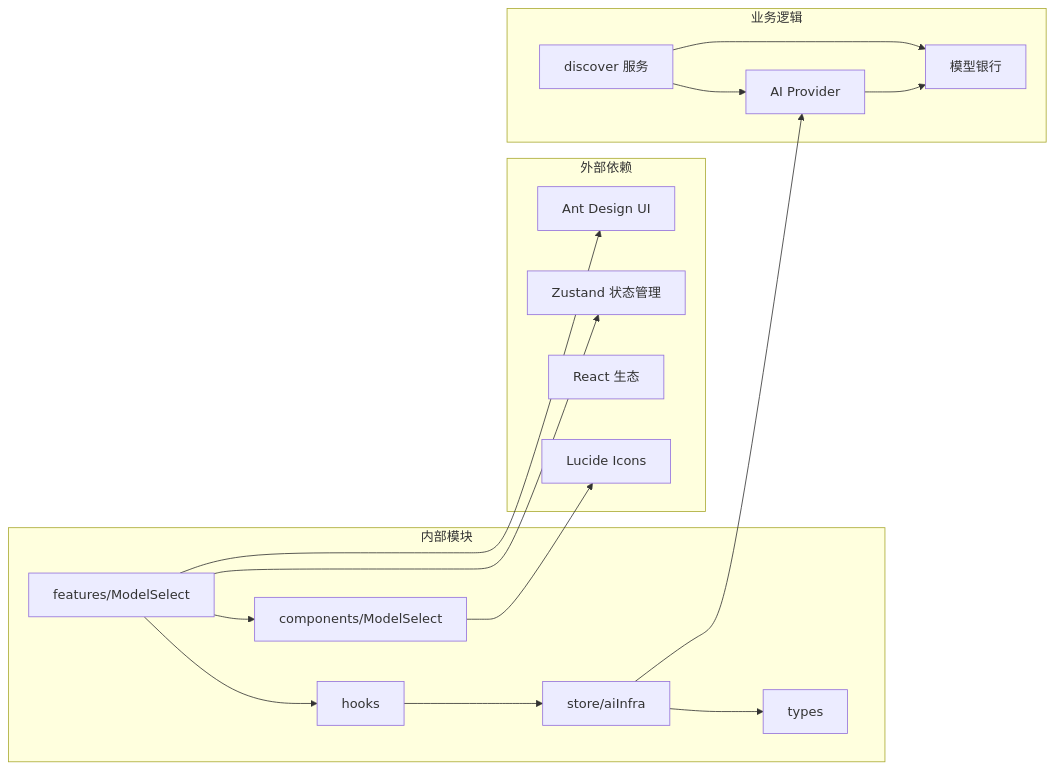
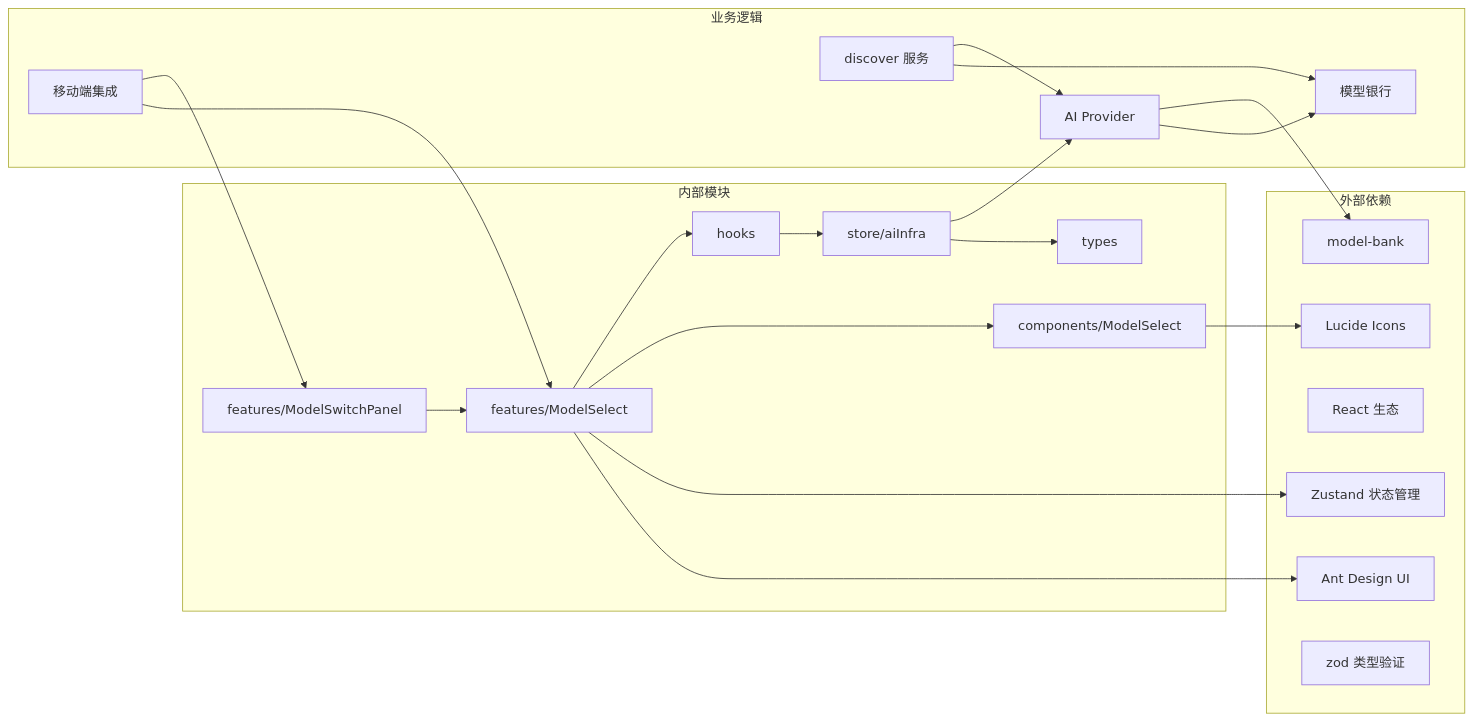
Before and after one commit to AvatoLabs/avato: diagram 12 of 12 in .qoder/repowiki/zh/content/核心功能模块/模型选择器增强.md, drawn with Mermaid. The commit also changed other lines of this file and 23 other files, not shown here.

````diff
--- a/.qoder/repowiki/zh/content/核心功能模块/模型选择器增强.md
+++ b/.qoder/repowiki/zh/content/核心功能模块/模型选择器增强.md
@@ -333,32 +511,40 @@
 ```mermaid
 graph LR
 subgraph "外部依赖"
 AntD[Ant Design UI]
 Zustand[Zustand 状态管理]
 React[React 生态]
 Icons[Lucide Icons]
+ModelBank[model-bank]
+Zod[zod 类型验证]
 end
 subgraph "内部模块"
 Features[features/ModelSelect]
 Components[components/ModelSelect]
 Hooks[hooks]
 Store[store/aiInfra]
 Types[types]
+SwitchPanel[features/ModelSwitchPanel]
 end
 subgraph "业务逻辑"
 Discover[discover 服务]
 Providers[AI Provider]
 Models[模型银行]
+Mobile[移动端集成]
 end
 Features --> AntD
 Features --> Zustand
 Features --> Components
 Features --> Hooks
 Components --> Icons
 Hooks --> Store
 Store --> Types
 Store --> Providers
 Discover --> Models
 Discover --> Providers
 Providers --> Models
+Providers --> ModelBank
+SwitchPanel --> Features
+Mobile --> Features
+Mobile --> SwitchPanel
 ```
````
